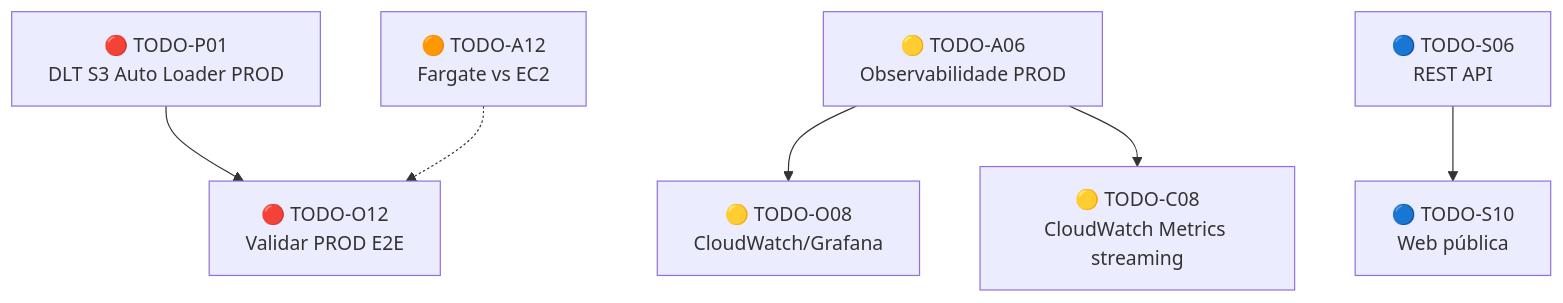
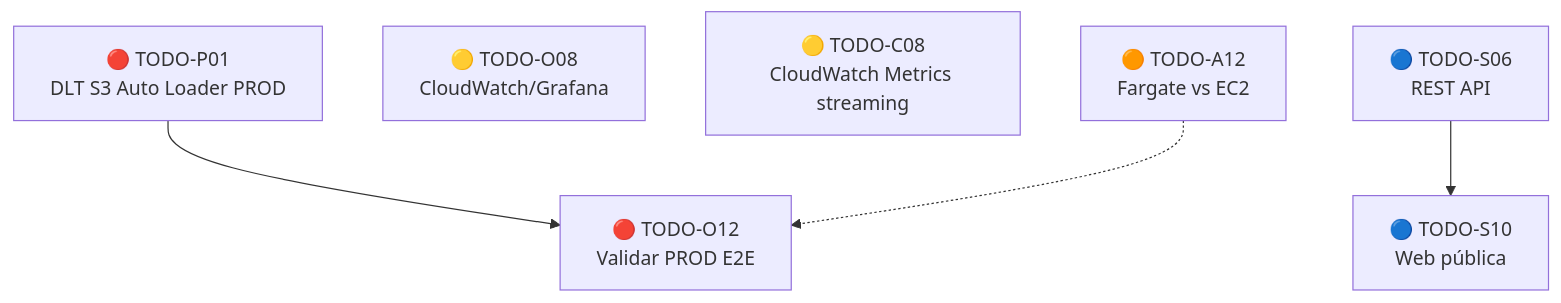
The diagram in docs/ROADMAP.md (marcoaureliomenezes/dd_chain_explorer), drawn with Mermaid before and after one commit. The commit also changed other lines of this file and 69 other files, not shown here.

````diff
--- a/docs/ROADMAP.md
+++ b/docs/ROADMAP.md
@@ -135,8 +135,8 @@
 ```mermaid
 flowchart TD
     P01["🔴 TODO-P01<br/>DLT S3 Auto Loader PROD"] --> O12["🔴 TODO-O12<br/>Validar PROD E2E"]
-    A06["🟡 TODO-A06<br/>Observabilidade PROD"] --> O08["🟡 TODO-O08<br/>CloudWatch/Grafana"]
-    A06 --> C08["🟡 TODO-C08<br/>CloudWatch Metrics streaming"]
+    O08["🟡 TODO-O08<br/>CloudWatch/Grafana"]
+    C08["🟡 TODO-C08<br/>CloudWatch Metrics streaming"]
     A12["🟠 TODO-A12<br/>Fargate vs EC2"] -.-> O12
     S06["🔵 TODO-S06<br/>REST API"] --> S10["🔵 TODO-S10<br/>Web pública"]
 ```
````
